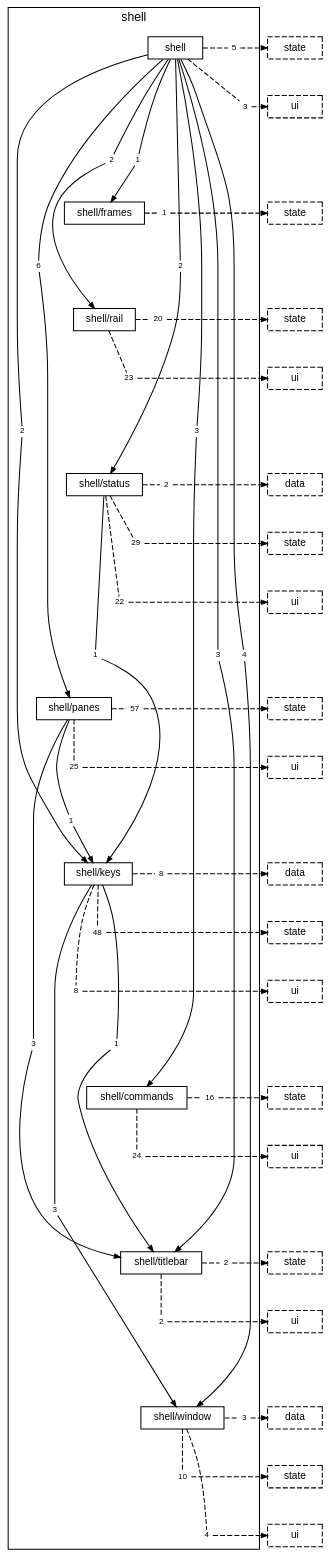
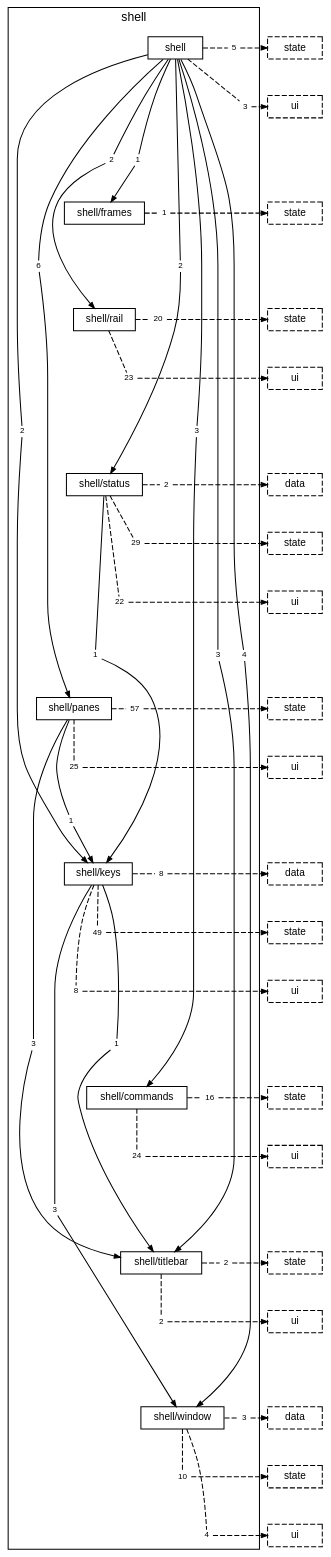
One commit to TheAxeC/oculus changed the diagram in docs/diagrams/layer-shell.dot. Above: the diagram before and after it, drawn with Graphviz. The commit also changed 233 other files, not shown here.

```diff
--- a/docs/diagrams/layer-shell.dot
+++ b/docs/diagrams/layer-shell.dot
@@ -37,7 +37,7 @@
         "folder shell/keys to folder shell/titlebar" [label="1", shape=box, color="transparent", fontsize=8, width=0, height=0, margin="0.04,0.02"];
         "folder shell/keys to folder shell/window" [label="3", shape=box, color="transparent", fontsize=8, width=0, height=0, margin="0.04,0.02"];
         "folder shell/keys to layer data" [label="8", shape=box, color="transparent", fontsize=8, width=0, height=0, margin="0.04,0.02"];
-        "folder shell/keys to layer state" [label="48", shape=box, color="transparent", fontsize=8, width=0, height=0, margin="0.04,0.02"];
+        "folder shell/keys to layer state" [label="49", shape=box, color="transparent", fontsize=8, width=0, height=0, margin="0.04,0.02"];
         "folder shell/keys to layer ui" [label="8", shape=box, color="transparent", fontsize=8, width=0, height=0, margin="0.04,0.02"];
         "folder shell/commands to layer state" [label="16", shape=box, color="transparent", fontsize=8, width=0, height=0, margin="0.04,0.02"];
         "folder shell/commands to layer ui" [label="24", shape=box, color="transparent", fontsize=8, width=0, height=0, margin="0.04,0.02"];
```
